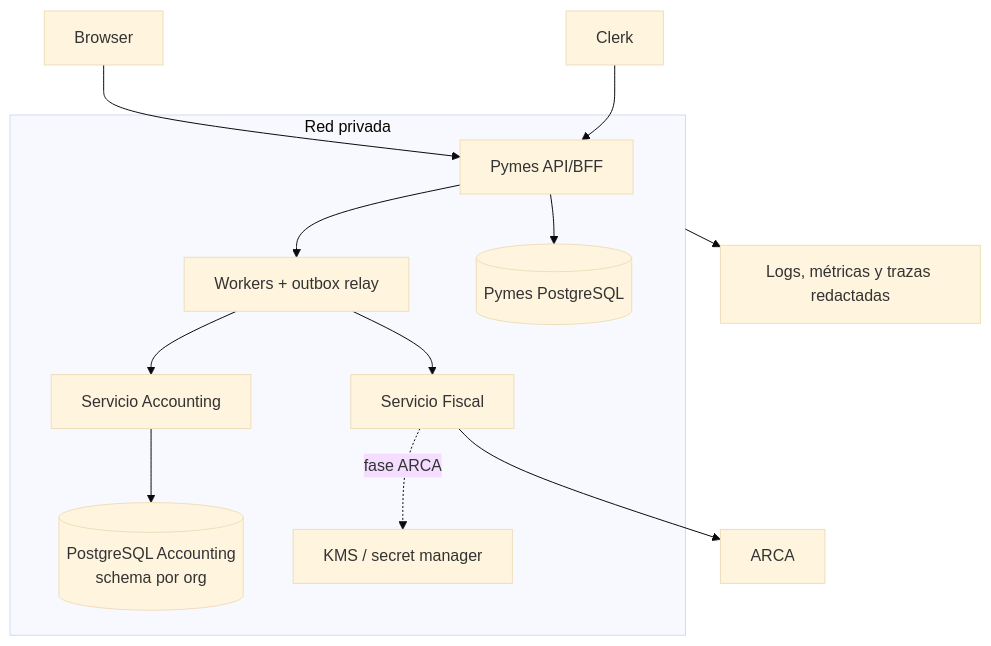
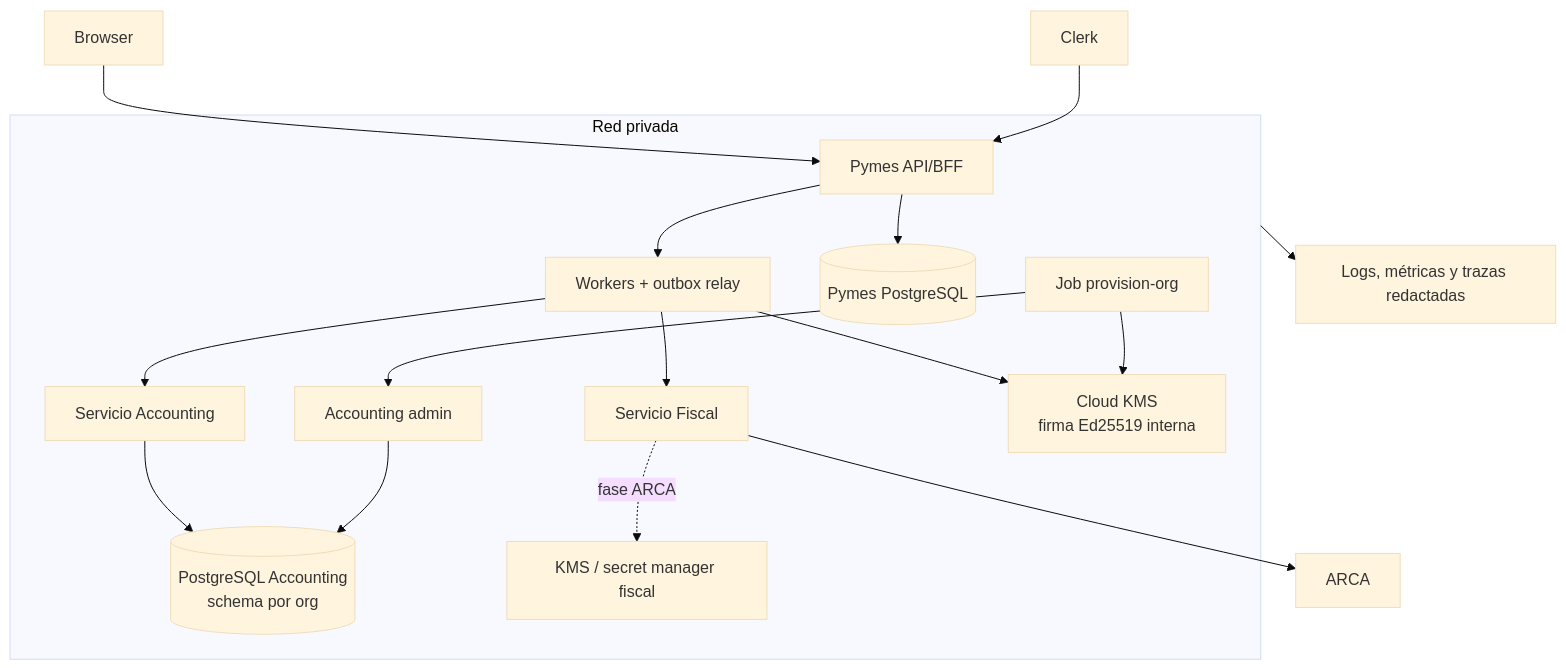
The second of 3 diagrams in v3/docs/02-arquitectura.md (devpablocristo/pymes), drawn with Mermaid (base theme) before and after one commit. The commit also changed other lines of this file and 177 other files, not shown here.

````diff
--- a/v3/docs/02-arquitectura.md
+++ b/v3/docs/02-arquitectura.md
@@ -74,15 +76,19 @@
 ```mermaid
 flowchart TB
   subgraph private[Red privada]
     api[Pymes API/BFF] --> workers[Workers + outbox relay]
     api --> pgbff[(Pymes PostgreSQL)]
     workers --> fiscal[Servicio Fiscal]
     workers --> accounting[Servicio Accounting]
+    provision[Job provision-org] --> accountingadmin[Accounting admin]
+    workers --> identitykms[Cloud KMS\nfirma Ed25519 interna]
+    provision --> identitykms
     accounting --> pgacc[(PostgreSQL Accounting\nschema por org)]
-    fiscal -. fase ARCA .-> kms[KMS / secret manager]
+    accountingadmin --> pgacc
+    fiscal -. fase ARCA .-> fiscalkms[KMS / secret manager fiscal]
   end
   browser[Browser] --> api
   clerk[Clerk] --> api
   fiscal --> arca[ARCA]
   private --> telemetry[Logs, métricas y trazas redactadas]
 ```
````
